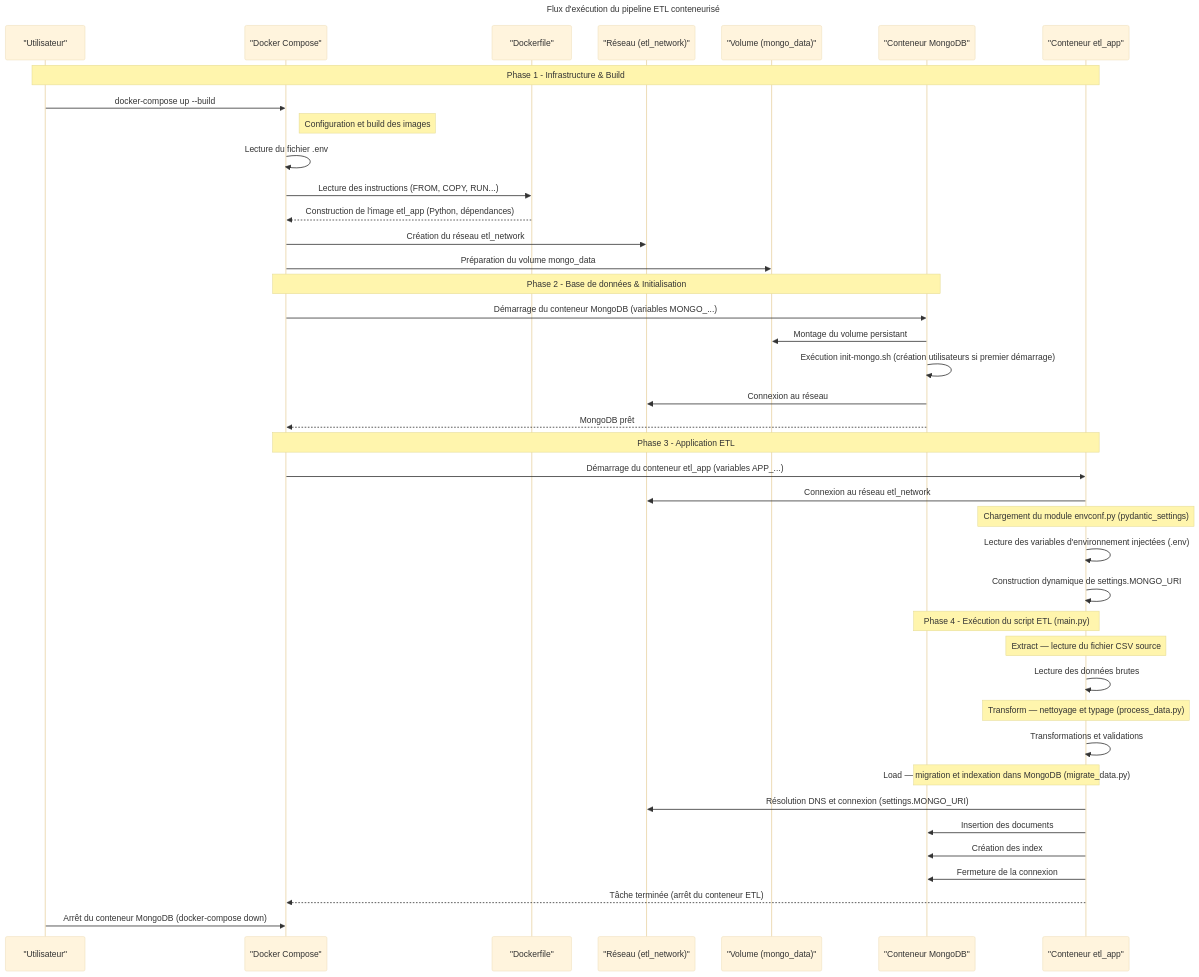
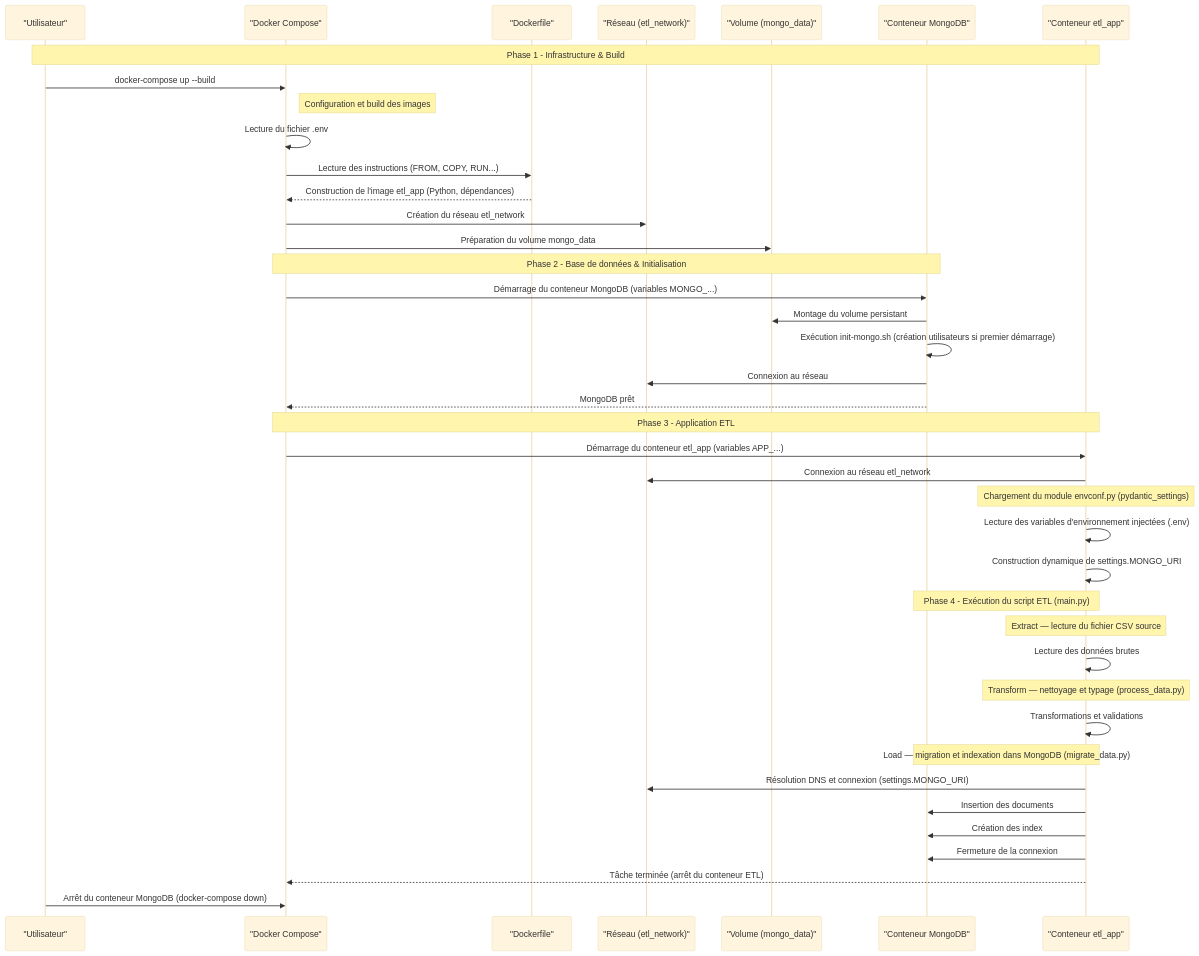
One commit to PierreDff/OC_DE_projet5 changed the diagram in README.md. Above: the diagram before and after it, drawn with Mermaid (base theme).

Commit message:
update diagram

````diff
--- a/README.md
+++ b/README.md
@@ -145,54 +145,52 @@
 ```mermaid
 sequenceDiagram
-    title Flux d'exécution du pipeline ETL conteneurisé
-
     participant Utilisateur as "Utilisateur"
     participant Docker as "Docker Compose"
     participant Dockerfile as "Dockerfile"
     participant Net as "Réseau (etl_network)"
     participant Volume as "Volume (mongo_data)"
     participant Mongo as "Conteneur MongoDB"
     participant ETL as "Conteneur etl_app"
 
     Note over Utilisateur,ETL: Phase 1 - Infrastructure & Build
     Utilisateur->>Docker: docker-compose up --build
 
     Note right of Docker: Configuration et build des images
     Docker->>Docker: Lecture du fichier .env
     Docker->>Dockerfile: Lecture des instructions (FROM, COPY, RUN...)
     Dockerfile-->>Docker: Construction de l'image etl_app (Python, dépendances)
 
     Docker->>Net: Création du réseau etl_network
     Docker->>Volume: Préparation du volume mongo_data
 
     Note over Docker,Mongo: Phase 2 - Base de données & Initialisation
     Docker->>Mongo: Démarrage du conteneur MongoDB (variables MONGO_...)
     Mongo->>Volume: Montage du volume persistant
     Mongo->>Mongo: Exécution init-mongo.sh (création utilisateurs si premier démarrage)
     Mongo->>Net: Connexion au réseau
     Mongo-->>Docker: MongoDB prêt
 
     Note over Docker,ETL: Phase 3 - Application ETL
     Docker->>ETL: Démarrage du conteneur etl_app (variables APP_...)
     ETL->>Net: Connexion au réseau etl_network
 
     Note over ETL: Chargement du module envconf.py (pydantic_settings)
     ETL->>ETL: Lecture des variables d'environnement injectées (.env)
     ETL->>ETL: Construction dynamique de settings.MONGO_URI
 
     Note over ETL,Mongo: Phase 4 - Exécution du script ETL (main.py)
     Note over ETL: Extract — lecture du fichier CSV source
     ETL->>ETL: Lecture des données brutes
 
     Note over ETL: Transform — nettoyage et typage (process_data.py)
     ETL->>ETL: Transformations et validations
 
     Note over ETL,Mongo: Load — migration et indexation dans MongoDB (migrate_data.py)
     ETL->>Net: Résolution DNS et connexion (settings.MONGO_URI)
     ETL->>Mongo: Insertion des documents
     ETL->>Mongo: Création des index
     ETL->>Mongo: Fermeture de la connexion
 
     ETL-->>Docker: Tâche terminée (arrêt du conteneur ETL)
     Utilisateur->>Docker : Arrêt du conteneur MongoDB (docker-compose down)
 ```
````
